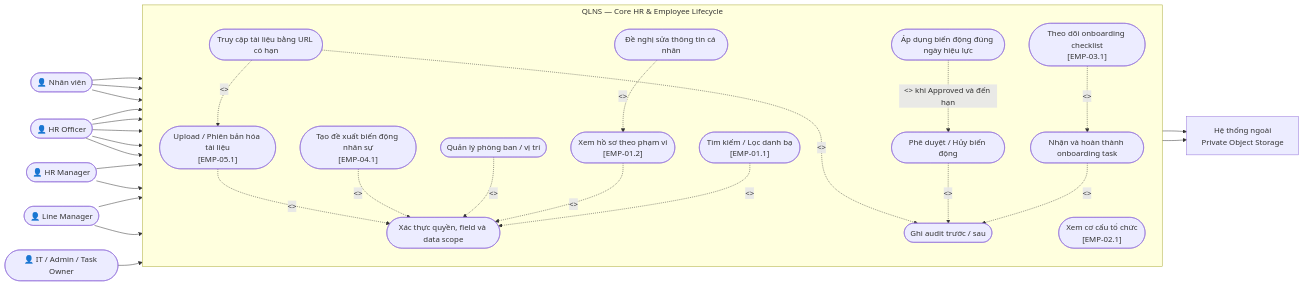
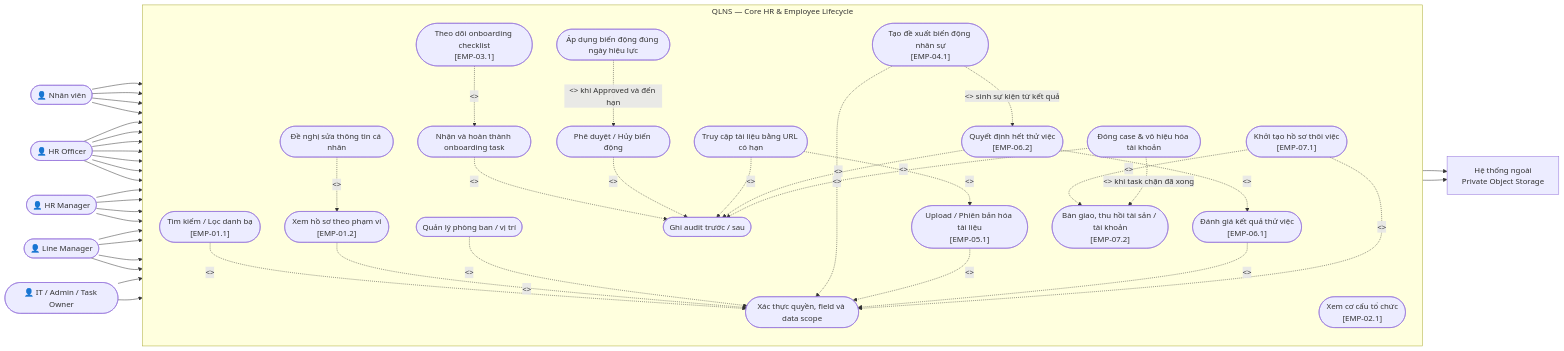
The third of 6 diagrams in docs/use_cases.md (nvdat16/QLNS), drawn with Mermaid before and after one commit. The commit also changed other lines of this file and 16 other files, not shown here.

Commit message:
feat: add API specifications, database schemas, and documentation for Attendance, Leave, and Reports modules

````diff
--- a/docs/use_cases.md
+++ b/docs/use_cases.md
@@ -134,56 +134,77 @@
 ```mermaid
 flowchart LR
     Employee(["👤 Nhân viên"])
     HROfficer(["👤 HR Officer"])
     HRManager(["👤 HR Manager"])
     LineManager(["👤 Line Manager"])
     TaskOwner(["👤 IT / Admin / Task Owner"])
     ObjectStorage["Hệ thống ngoài<br/>Private Object Storage"]
 
     subgraph QLNS_CORE["QLNS — Core HR & Employee Lifecycle"]
         direction TB
         UC_SEARCH(["Tìm kiếm / Lọc danh bạ<br/>[EMP-01.1]"])
         UC_VIEW(["Xem hồ sơ theo phạm vi<br/>[EMP-01.2]"])
         UC_SELF_CHANGE(["Đề nghị sửa thông tin cá nhân"])
         UC_ORG(["Xem cơ cấu tổ chức<br/>[EMP-02.1]"])
         UC_ORG_MGMT(["Quản lý phòng ban / vị trí"])
         UC_ONBOARD(["Theo dõi onboarding checklist<br/>[EMP-03.1]"])
         UC_TASK(["Nhận và hoàn thành onboarding task"])
         UC_MOVEMENT(["Tạo đề xuất biến động nhân sự<br/>[EMP-04.1]"])
         UC_MOVEMENT_DECIDE(["Phê duyệt / Hủy biến động"])
         UC_APPLY(["Áp dụng biến động đúng ngày hiệu lực"])
         UC_DOCUMENT(["Upload / Phiên bản hóa tài liệu<br/>[EMP-05.1]"])
         UC_DOWNLOAD(["Truy cập tài liệu bằng URL có hạn"])
+        UC_PROBATION(["Đánh giá kết quả thử việc<br/>[EMP-06.1]"])
+        UC_PROBATION_DECIDE(["Quyết định hết thử việc<br/>[EMP-06.2]"])
+        UC_OFFBOARD(["Khởi tạo hồ sơ thôi việc<br/>[EMP-07.1]"])
+        UC_OFFBOARD_TASK(["Bàn giao, thu hồi tài sản / tài khoản<br/>[EMP-07.2]"])
+        UC_OFFBOARD_CLOSE(["Đóng case & vô hiệu hóa tài khoản"])
         UC_AUTH(["Xác thực quyền, field và data scope"])
         UC_AUDIT(["Ghi audit trước / sau"])
 
         UC_SEARCH -. "<<include>>" .-> UC_AUTH
         UC_VIEW -. "<<include>>" .-> UC_AUTH
         UC_SELF_CHANGE -. "<<extend>>" .-> UC_VIEW
         UC_ORG_MGMT -. "<<include>>" .-> UC_AUTH
         UC_ONBOARD -. "<<include>>" .-> UC_TASK
         UC_TASK -. "<<include>>" .-> UC_AUDIT
         UC_MOVEMENT -. "<<include>>" .-> UC_AUTH
         UC_MOVEMENT_DECIDE -. "<<include>>" .-> UC_AUDIT
         UC_APPLY -. "<<extend>> khi Approved và đến hạn" .-> UC_MOVEMENT_DECIDE
         UC_DOCUMENT -. "<<include>>" .-> UC_AUTH
         UC_DOWNLOAD -. "<<extend>>" .-> UC_DOCUMENT
         UC_DOWNLOAD -. "<<include>>" .-> UC_AUDIT
+        UC_PROBATION -. "<<include>>" .-> UC_AUTH
+        UC_PROBATION_DECIDE -. "<<include>>" .-> UC_PROBATION
+        UC_PROBATION_DECIDE -. "<<include>>" .-> UC_AUDIT
+        UC_MOVEMENT -. "<<extend>> sinh sự kiện từ kết quả" .-> UC_PROBATION_DECIDE
+        UC_OFFBOARD -. "<<include>>" .-> UC_AUTH
+        UC_OFFBOARD -. "<<include>>" .-> UC_OFFBOARD_TASK
+        UC_OFFBOARD_CLOSE -. "<<extend>> khi task chặn đã xong" .-> UC_OFFBOARD_TASK
+        UC_OFFBOARD_CLOSE -. "<<include>>" .-> UC_AUDIT
     end
 
     Employee --> UC_VIEW
     Employee --> UC_SELF_CHANGE
     Employee --> UC_ORG
     HROfficer --> UC_SEARCH
     HROfficer --> UC_VIEW
     HROfficer --> UC_ONBOARD
     HROfficer --> UC_MOVEMENT
     HROfficer --> UC_DOCUMENT
     HRManager --> UC_MOVEMENT_DECIDE
     HRManager --> UC_ORG_MGMT
     LineManager --> UC_ORG
     LineManager --> UC_ONBOARD
+    LineManager --> UC_PROBATION
+    HRManager --> UC_PROBATION_DECIDE
+    HROfficer --> UC_OFFBOARD
+    HRManager --> UC_OFFBOARD
+    HROfficer --> UC_OFFBOARD_CLOSE
+    LineManager --> UC_OFFBOARD_TASK
+    Employee --> UC_OFFBOARD_TASK
     TaskOwner --> UC_TASK
+    TaskOwner --> UC_OFFBOARD_TASK
     UC_DOCUMENT --> ObjectStorage
     UC_DOWNLOAD --> ObjectStorage
 ```
````
